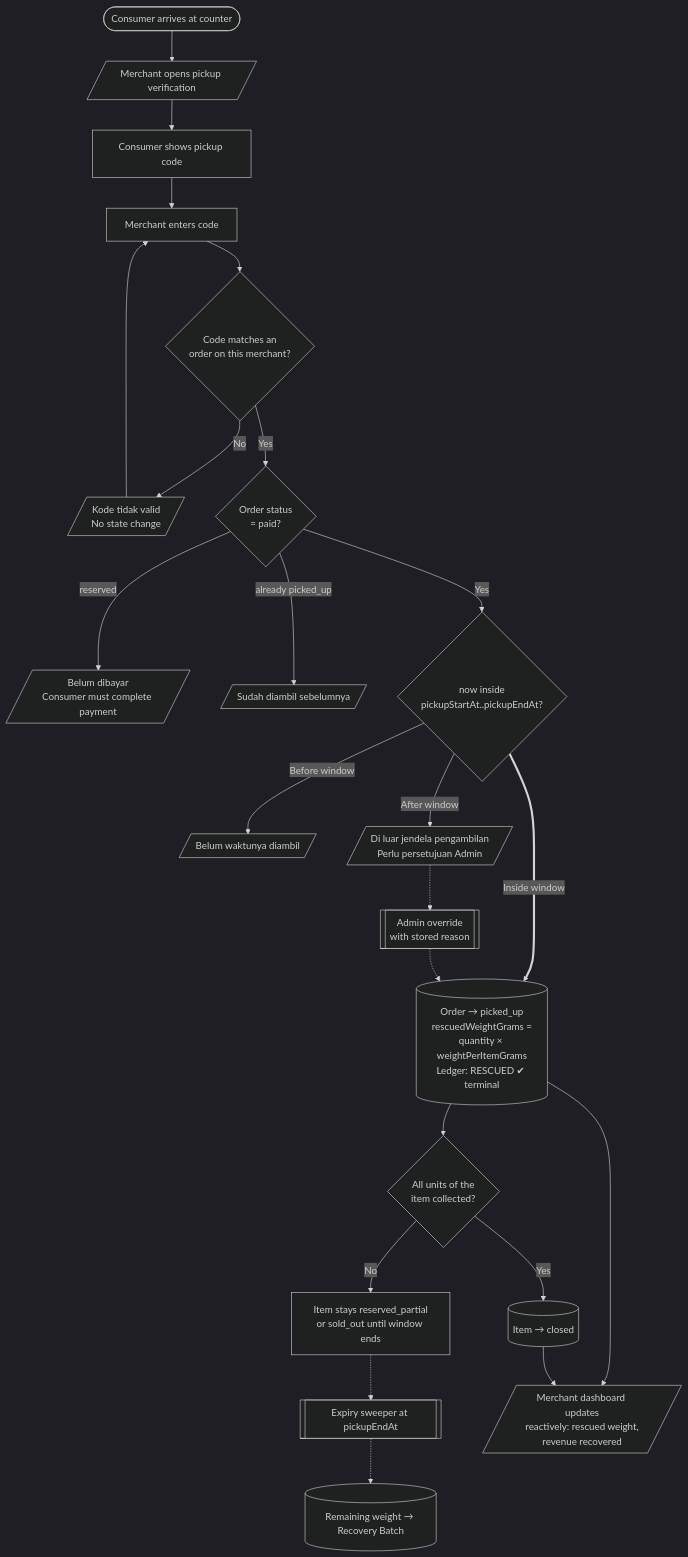
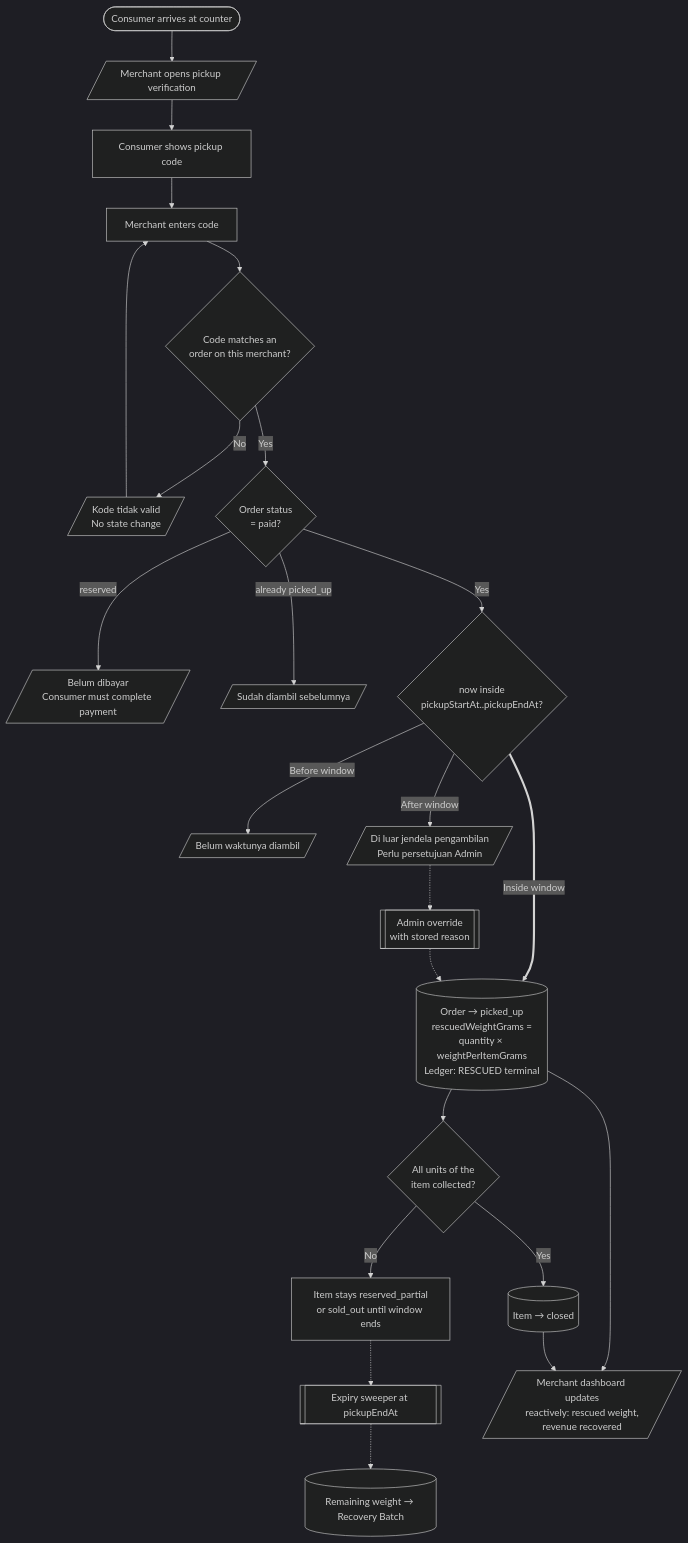
Before and after one commit to 201dev/cirquo: the tenth of 25 diagrams in docs/spec/USER_FLOW.md, drawn with Mermaid (dark theme). The commit also changed other lines of this file and 56 other files, not shown here.

````diff
--- a/docs/spec/USER_FLOW.md
+++ b/docs/spec/USER_FLOW.md
@@ -492,30 +492,30 @@
 ```mermaid
 flowchart TD
     A([Consumer arrives at counter]) --> B[/Merchant opens pickup verification/]
     B --> C[Consumer shows pickup code]
     C --> D[Merchant enters code]
     D --> E{Code matches an<br/>order on this merchant?}
     E -->|No| F[/Kode tidak valid<br/>No state change/]
     F --> D
     E -->|Yes| G{Order status<br/>= paid?}
     G -->|reserved| H[/Belum dibayar<br/>Consumer must complete payment/]
     G -->|already picked_up| I[/Sudah diambil sebelumnya/]
     G -->|Yes| J{now inside<br/>pickupStartAt..pickupEndAt?}
 
     J -->|Before window| K[/Belum waktunya diambil/]
     J -->|After window| L[/Di luar jendela pengambilan<br/>Perlu persetujuan Admin/]
     L -.-> M[[Admin override<br/>with stored reason]]
 
-    J ==>|Inside window| N[(Order → picked_up<br/>rescuedWeightGrams =<br/>quantity × weightPerItemGrams<br/>Ledger: RESCUED ✔ terminal)]
+    J ==>|Inside window| N[(Order → picked_up<br/>rescuedWeightGrams =<br/>quantity × weightPerItemGrams<br/>Ledger: RESCUED terminal)]
     M -.-> N
 
     N --> O{All units of the<br/>item collected?}
     O -->|Yes| P[(Item → closed)]
     O -->|No| Q[Item stays reserved_partial<br/>or sold_out until window ends]
 
     Q -.-> R[[Expiry sweeper at pickupEndAt]]
     R -.-> S[(Remaining weight → Recovery Batch)]
 
     N --> T[/Merchant dashboard updates<br/>reactively: rescued weight,<br/>revenue recovered/]
     P --> T
 ```
````
